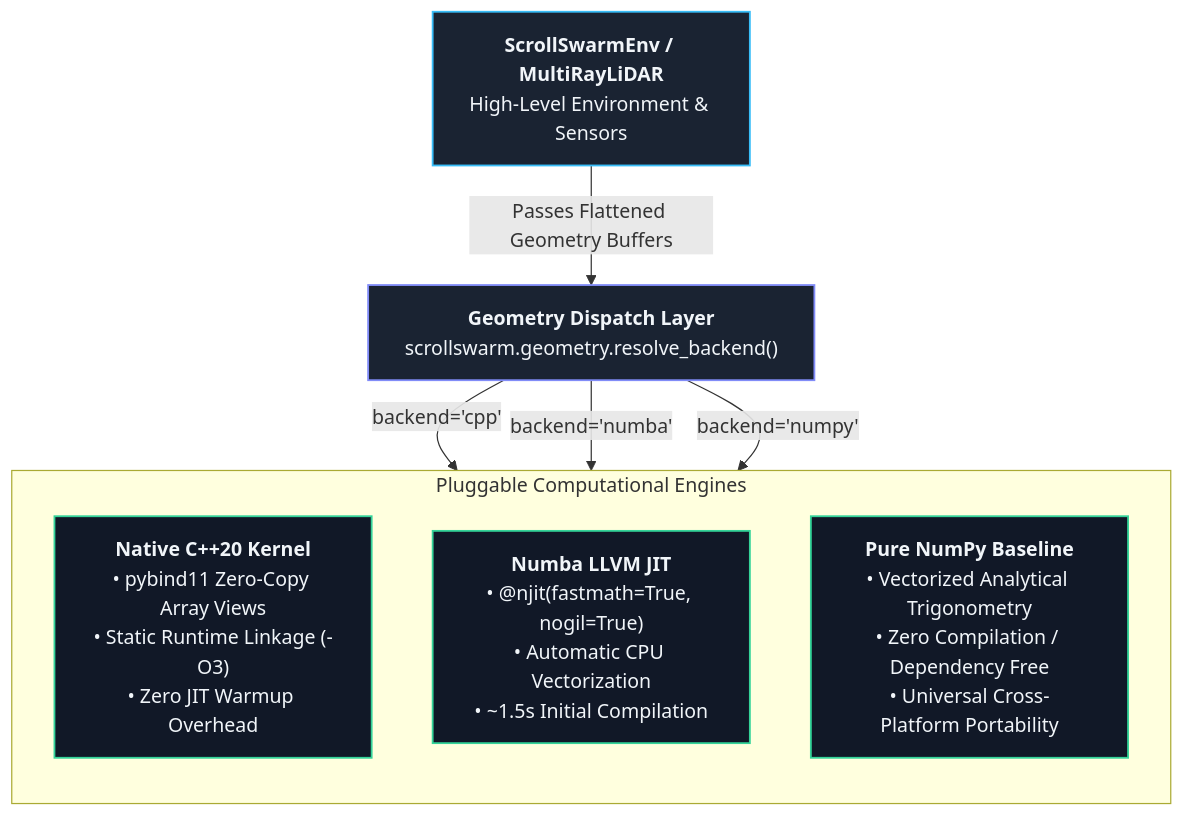
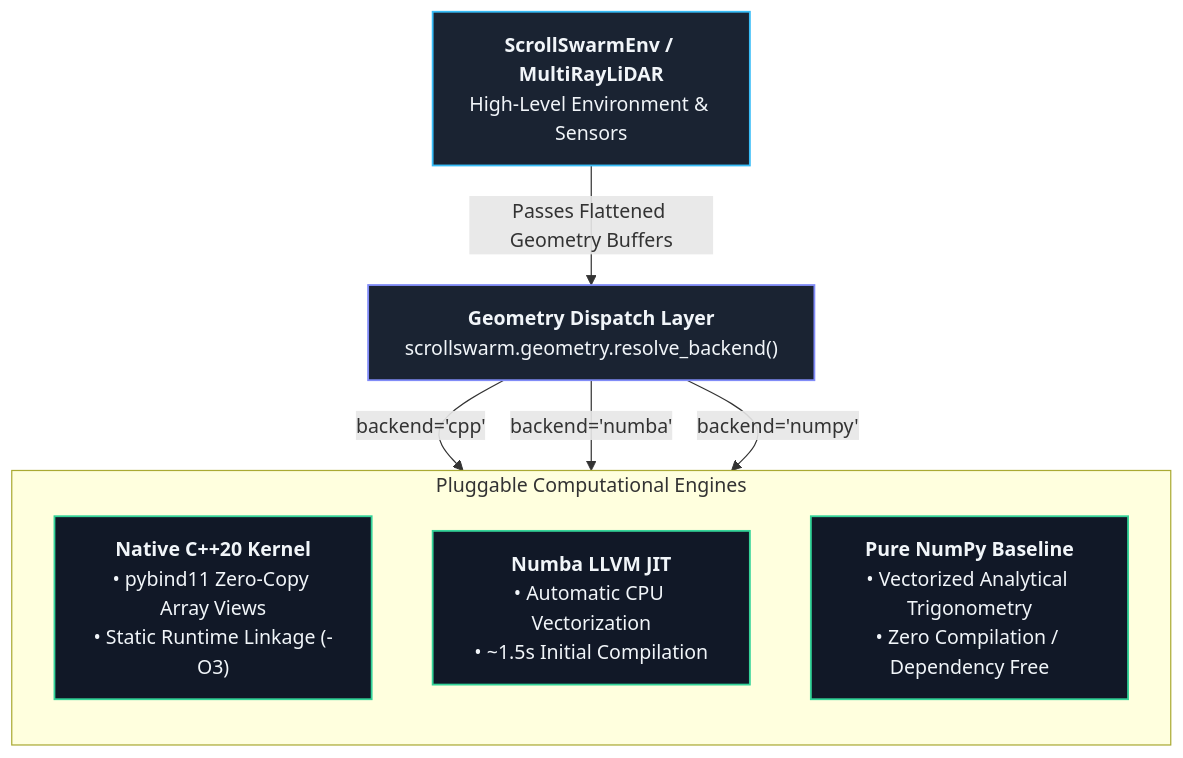
Before and after one commit to HamBa-m/scrollswarm: the second of 3 diagrams in docs/tutorials/04_acceleration_backends.md, drawn with Mermaid. The commit also changed other lines of this file, not shown here.

````diff
--- a/docs/tutorials/04_acceleration_backends.md
+++ b/docs/tutorials/04_acceleration_backends.md
@@ -55,25 +55,25 @@
 ```mermaid
 flowchart TD
     ENV["<b>ScrollSwarmEnv / MultiRayLiDAR</b><br/>High-Level Environment & Sensors"]
     DISPATCH["<b>Geometry Dispatch Layer</b><br/>scrollswarm.geometry.resolve_backend()"]
 
     subgraph BACKENDS ["Pluggable Computational Engines"]
         direction TB
-        CPP["<b>Native C++20 Kernel</b><br/>• pybind11 Zero-Copy Array Views<br/>• Static Runtime Linkage (-O3)<br/>• Zero JIT Warmup Overhead"]
-        NUMBA["<b>Numba LLVM JIT</b><br/>• @njit(fastmath=True, nogil=True)<br/>• Automatic CPU Vectorization<br/>• ~1.5s Initial Compilation"]
-        NUMPY["<b>Pure NumPy Baseline</b><br/>• Vectorized Analytical Trigonometry<br/>• Zero Compilation / Dependency Free<br/>• Universal Cross-Platform Portability"]
+        CPP["<b>Native C++20 Kernel</b><br/>• pybind11 Zero-Copy Array Views<br/>• Static Runtime Linkage (-O3)"]
+        NUMBA["<b>Numba LLVM JIT</b><br/>• Automatic CPU Vectorization<br/>• ~1.5s Initial Compilation"]
+        NUMPY["<b>Pure NumPy Baseline</b><br/>• Vectorized Analytical Trigonometry<br/>• Zero Compilation / Dependency Free"]
     end
 
     ENV -->|Passes Flattened Geometry Buffers| DISPATCH
     DISPATCH -->|backend='cpp'| CPP
     DISPATCH -->|backend='numba'| NUMBA
     DISPATCH -->|backend='numpy'| NUMPY
 
     classDef envStyle fill:#1a2332,stroke:#38bdf8,stroke-width:1.5px,color:#f1f5f9;
     classDef dispatchStyle fill:#1a2332,stroke:#818cf8,stroke-width:1.5px,color:#f1f5f9;
     classDef backendStyle fill:#111827,stroke:#34d399,stroke-width:1.5px,color:#f1f5f9;
 
     class ENV envStyle;
     class DISPATCH dispatchStyle;
     class CPP,NUMBA,NUMPY backendStyle;
 ```
````
